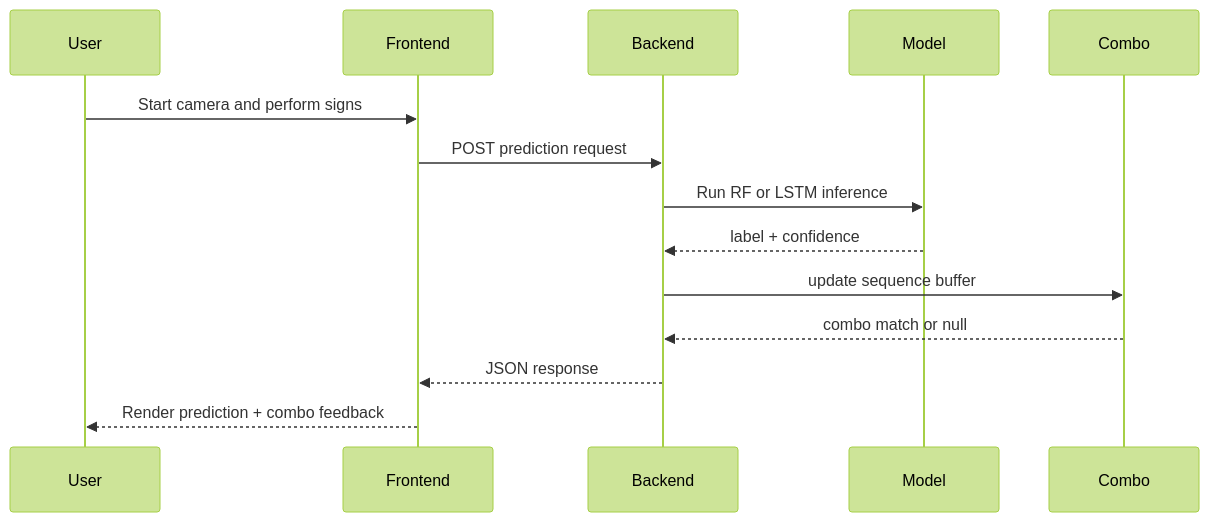
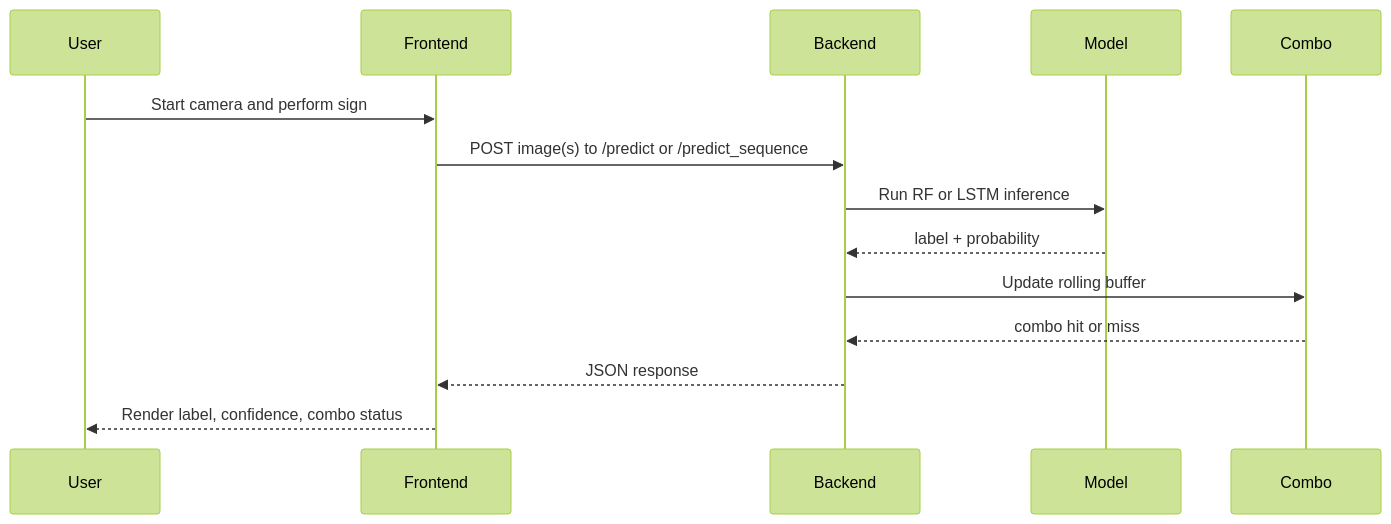
Before and after one commit to RishiStudies/hand_sign_detection_dynamic: the third of 7 diagrams in README.md, drawn with Mermaid (forest theme). The commit also changed other lines of this file, not shown here.

First line of the commit message:
Revise README: add quickstart, diagrams, usage

````diff
--- a/README.md
+++ b/README.md
@@ -72,17 +111,17 @@
 ```mermaid
 sequenceDiagram
   participant User
   participant Frontend
   participant Backend
   participant Model
   participant Combo
 
-  User->>Frontend: Start camera and perform signs
-  Frontend->>Backend: POST prediction request
+  User->>Frontend: Start camera and perform sign
+  Frontend->>Backend: POST image(s) to /predict or /predict_sequence
   Backend->>Model: Run RF or LSTM inference
-  Model-->>Backend: label + confidence
-  Backend->>Combo: update sequence buffer
-  Combo-->>Backend: combo match or null
+  Model-->>Backend: label + probability
+  Backend->>Combo: Update rolling buffer
+  Combo-->>Backend: combo hit or miss
   Backend-->>Frontend: JSON response
-  Frontend-->>User: Render prediction + combo feedback
+  Frontend-->>User: Render label, confidence, combo status
 ```
````
